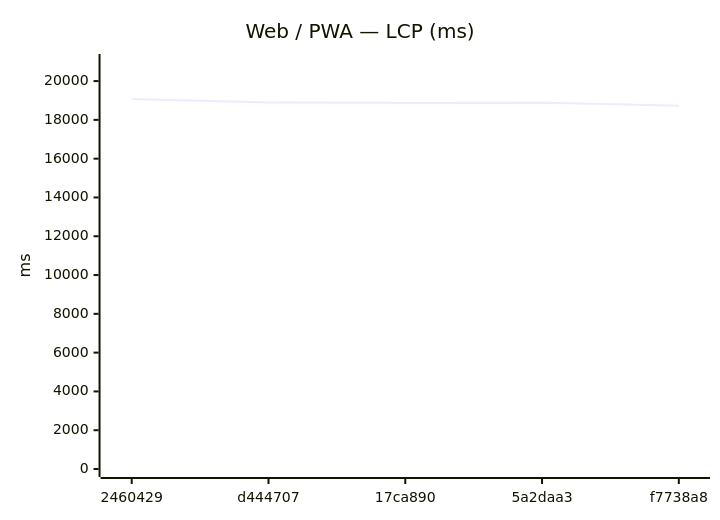
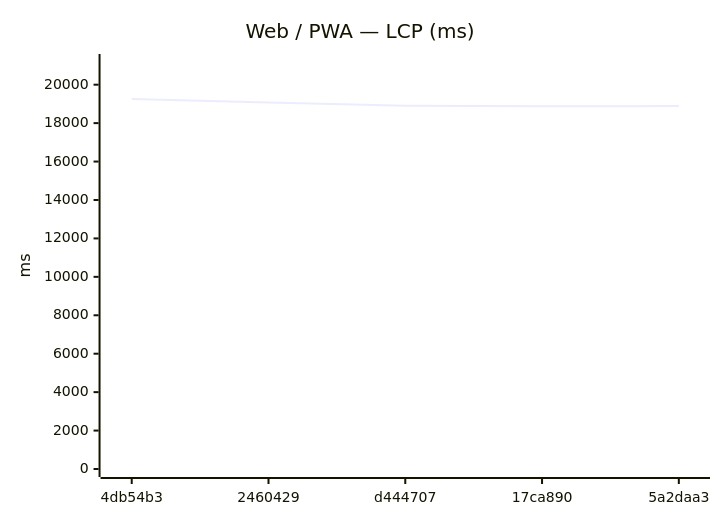
The seventh of 18 diagrams in benchmarks/compare.md (Metaheurist/Rianell), drawn with Mermaid before and after one commit. The commit also changed other lines of this file and 11 other files, not shown here.

````diff
--- a/benchmarks/compare.md
+++ b/benchmarks/compare.md
@@ -117,7 +117,7 @@
 ```mermaid
 xychart-beta
     title "Web / PWA — LCP (ms)"
-    x-axis ["2460429", "d444707", "17ca890", "5a2daa3", "f7738a8"]
-    y-axis "ms" 0 --> 20984
-    line [19076, 18898, 18874, 18888, 18728]
+    x-axis ["4db54b3", "2460429", "d444707", "17ca890", "5a2daa3"]
+    y-axis "ms" 0 --> 21181
+    line [19255, 19076, 18898, 18874, 18888]
 ```
````
